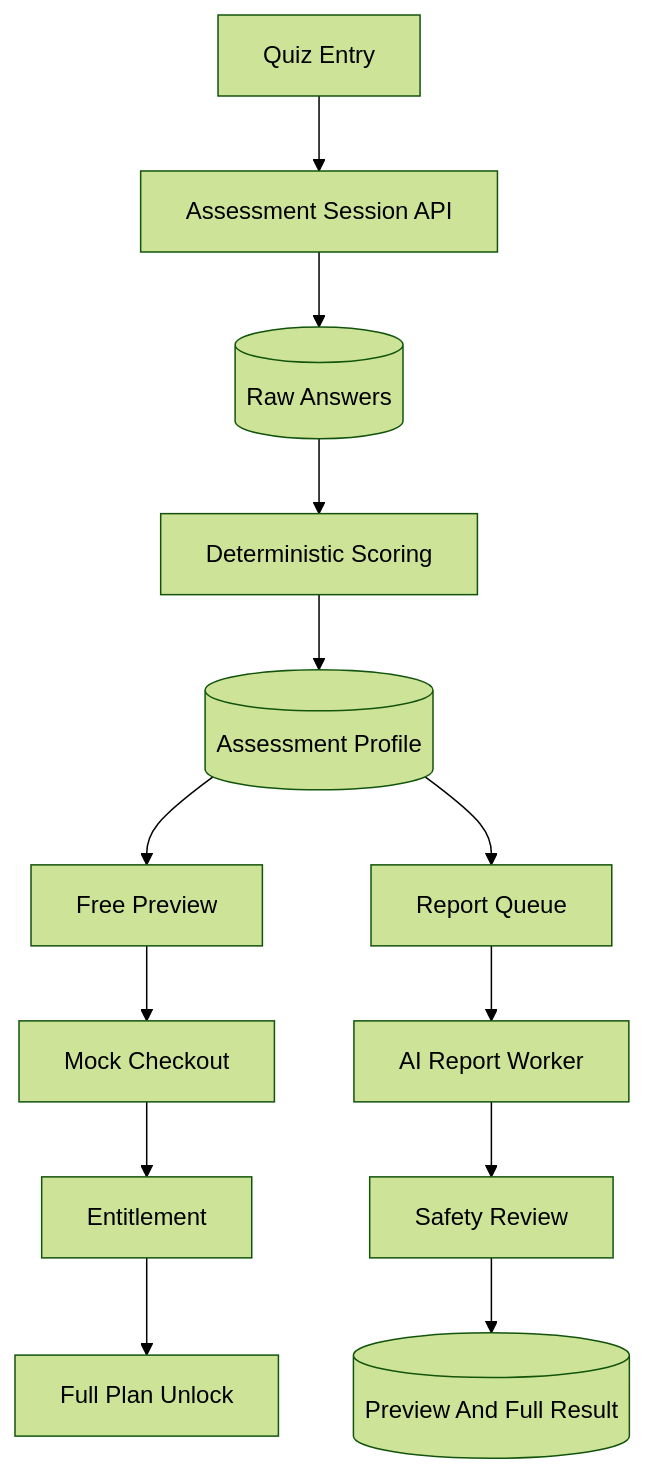
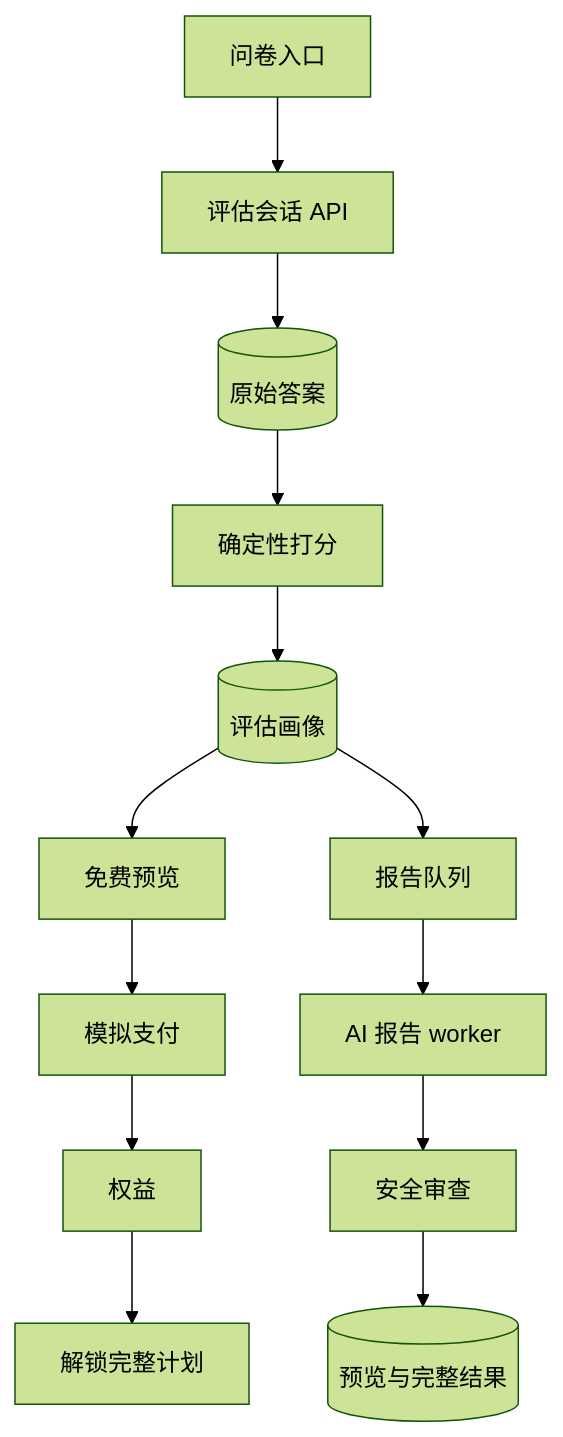
Before and after one commit to 7patrix/Sports: the diagram in docs/architecture.md, drawn with Mermaid (forest theme). The commit also changed other lines of this file and 4 other files, not shown here.

````diff
--- a/docs/architecture.md
+++ b/docs/architecture.md
@@ -5,15 +5,15 @@
 ```mermaid
 flowchart TD
-  entry[Quiz Entry] --> sessionApi[Assessment Session API]
-  sessionApi --> answers[(Raw Answers)]
-  answers --> scoring[Deterministic Scoring]
-  scoring --> profile[(Assessment Profile)]
-  profile --> preview[Free Preview]
-  profile --> queue[Report Queue]
-  queue --> worker[AI Report Worker]
-  worker --> safety[Safety Review]
-  safety --> result[(Preview And Full Result)]
-  preview --> checkout[Mock Checkout]
-  checkout --> entitlement[Entitlement]
-  entitlement --> fullPlan[Full Plan Unlock]
+  entry[问卷入口] --> sessionApi[评估会话 API]
+  sessionApi --> answers[(原始答案)]
+  answers --> scoring[确定性打分]
+  scoring --> profile[(评估画像)]
+  profile --> preview[免费预览]
+  profile --> queue[报告队列]
+  queue --> worker[AI 报告 worker]
+  worker --> safety[安全审查]
+  safety --> result[(预览与完整结果)]
+  preview --> checkout[模拟支付]
+  checkout --> entitlement[权益]
+  entitlement --> fullPlan[解锁完整计划]
 ```
````
